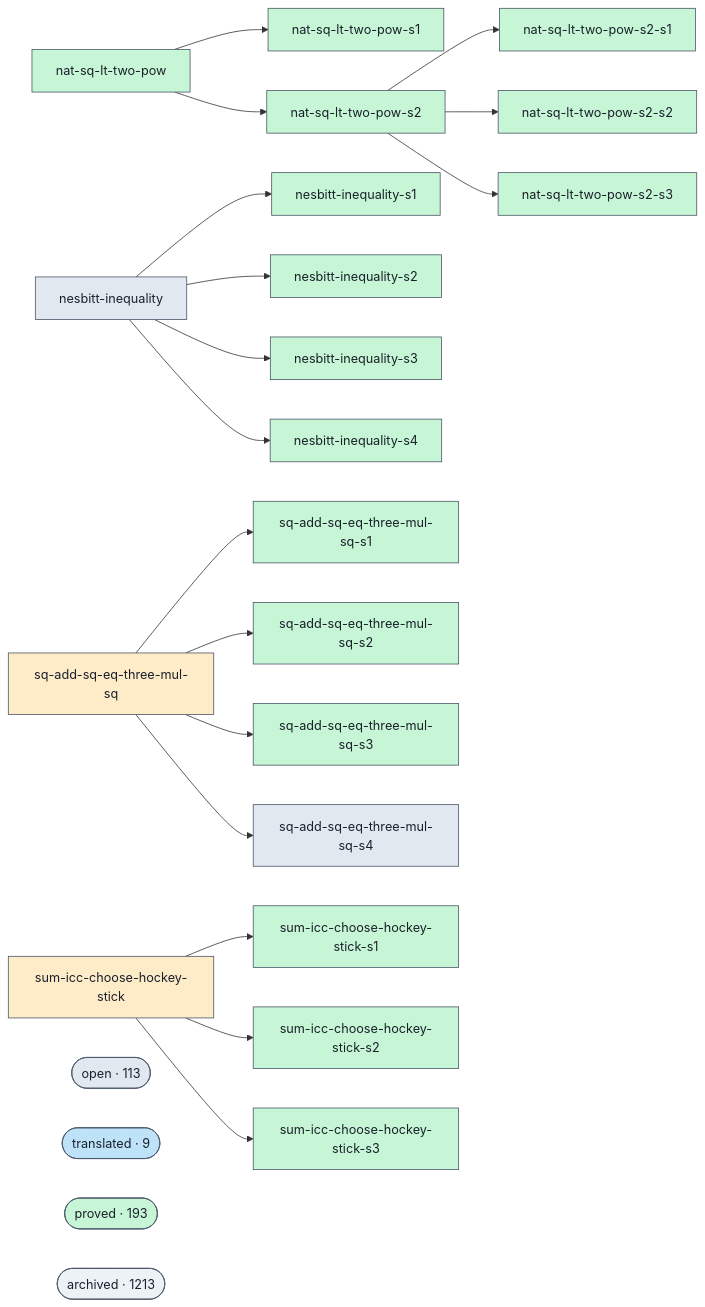
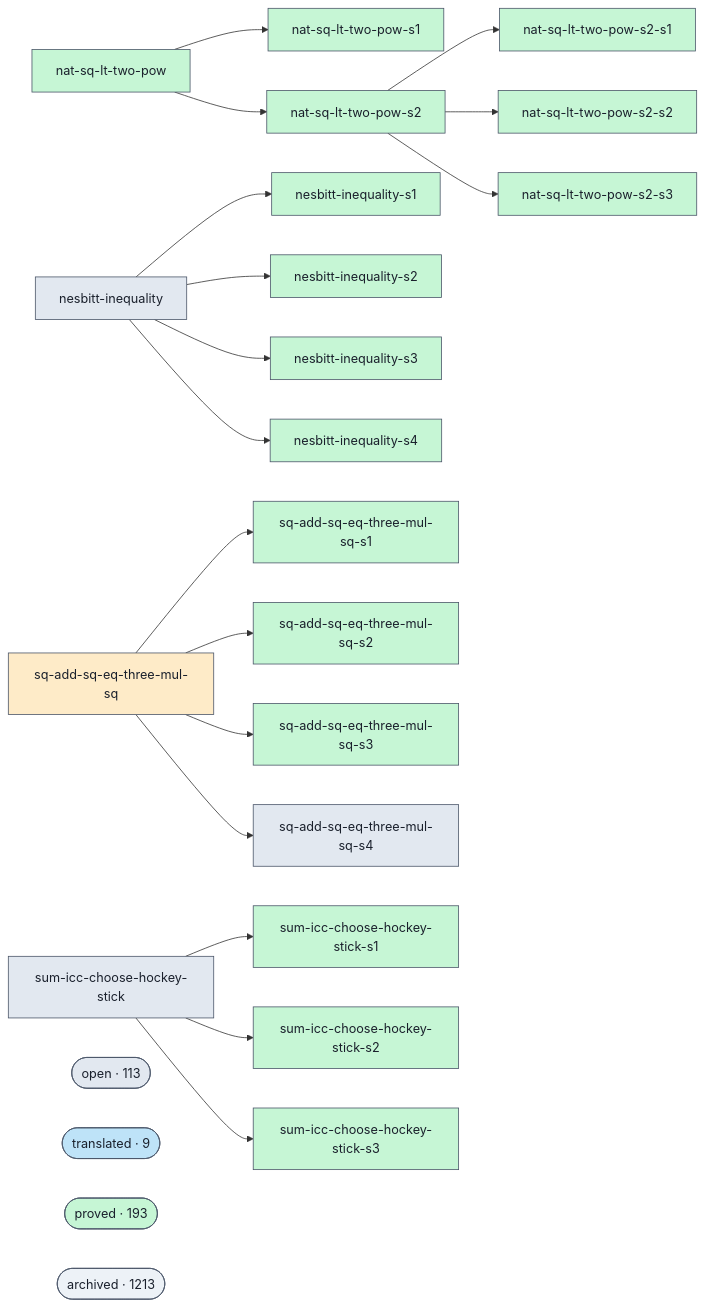
The diagram in docs/proofs-contributors-visualisation.md (ohdearquant/unsorry), drawn with Mermaid before and after one commit. The commit also changed other lines of this file and 2 other files, not shown here.

Commit message:
docs: refresh proofs-contributors-visualisation [skip ci]

```diff
--- a/docs/proofs-contributors-visualisation.md
+++ b/docs/proofs-contributors-visualisation.md
@@ -71,8 +71,8 @@
   class g_sq_add_sq_eq_three_mul_sq_s4 open;
   click g_sq_add_sq_eq_three_mul_sq_s4 "https://github.com/agenticsnz/unsorry/blob/main/goals/sq-add-sq-eq-three-mul-sq-s4.lean" "sq-add-sq-eq-three-mul-sq-s4 — open"
   g_sum_icc_choose_hockey_stick["sum-icc-choose-hockey-stick"]
-  class g_sum_icc_choose_hockey_stick blocked;
-  click g_sum_icc_choose_hockey_stick "https://github.com/agenticsnz/unsorry/blob/main/goals/sum-icc-choose-hockey-stick.lean" "sum-icc-choose-hockey-stick — blocked"
+  class g_sum_icc_choose_hockey_stick open;
+  click g_sum_icc_choose_hockey_stick "https://github.com/agenticsnz/unsorry/blob/main/goals/sum-icc-choose-hockey-stick.lean" "sum-icc-choose-hockey-stick — open"
   g_sum_icc_choose_hockey_stick_s1["sum-icc-choose-hockey-stick-s1"]
   class g_sum_icc_choose_hockey_stick_s1 proved;
   click g_sum_icc_choose_hockey_stick_s1 "https://github.com/agenticsnz/unsorry/blob/main/goals/sum-icc-choose-hockey-stick-s1.lean" "sum-icc-choose-hockey-stick-s1 — proved"
```
